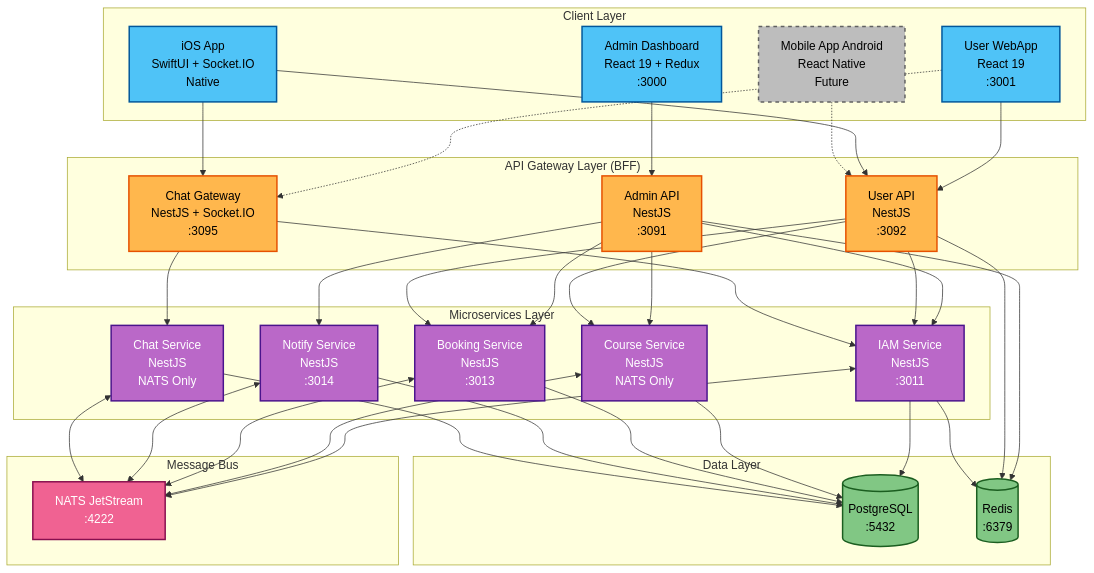
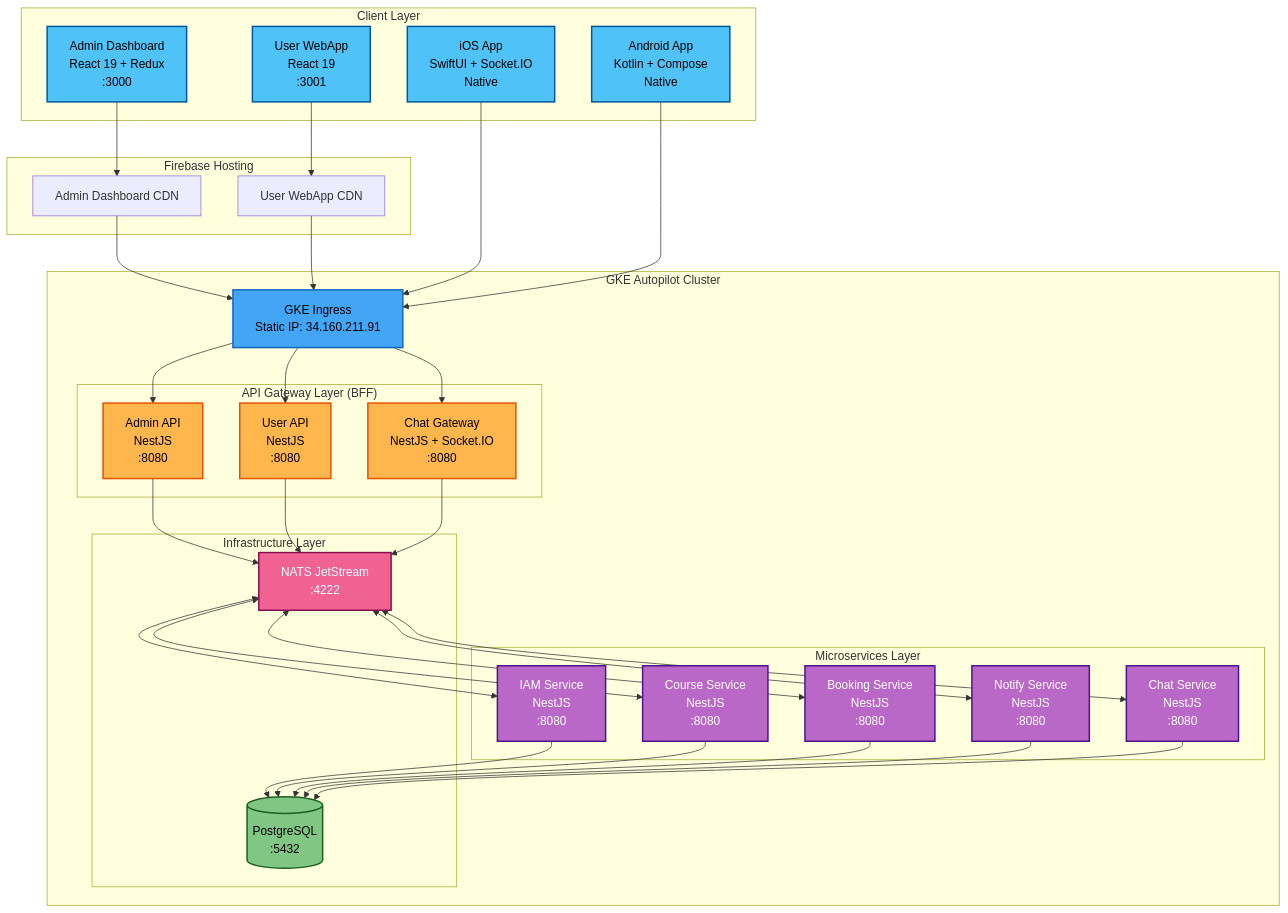
One commit to uniyous/parkgolf-platform changed the first of 8 diagrams in docs/ARCHITECTURE.md. Above: the diagram before and after it, drawn with Mermaid. The commit also changed other lines of this file and 2 other files, not shown here.

First line of the commit message:
docs: GKE Autopilot 환경으로 문서 업데이트

````diff
--- a/docs/ARCHITECTURE.md
+++ b/docs/ARCHITECTURE.md
@@ -38,84 +38,80 @@
         AD[Admin Dashboard<br/>React 19 + Redux<br/>:3000]
         UW[User WebApp<br/>React 19<br/>:3001]
         IOS[iOS App<br/>SwiftUI + Socket.IO<br/>Native]
-        MA[Mobile App Android<br/>React Native<br/>Future]
+        AND[Android App<br/>Kotlin + Compose<br/>Native]
     end
 
-    subgraph "API Gateway Layer (BFF)"
-        AAPI[Admin API<br/>NestJS<br/>:3091]
-        UAPI[User API<br/>NestJS<br/>:3092]
-        CHATGW[Chat Gateway<br/>NestJS + Socket.IO<br/>:3095]
+    subgraph "GKE Autopilot Cluster"
+        subgraph "API Gateway Layer (BFF)"
+            AAPI[Admin API<br/>NestJS<br/>:8080]
+            UAPI[User API<br/>NestJS<br/>:8080]
+            CHATGW[Chat Gateway<br/>NestJS + Socket.IO<br/>:8080]
+        end
+
+        subgraph "Microservices Layer"
+            IAM[IAM Service<br/>NestJS<br/>:8080]
+            COURSE[Course Service<br/>NestJS<br/>:8080]
+            BOOK[Booking Service<br/>NestJS<br/>:8080]
+            NOTIFY[Notify Service<br/>NestJS<br/>:8080]
+            CHAT[Chat Service<br/>NestJS<br/>:8080]
+        end
+
+        subgraph "Infrastructure Layer"
+            NATS[NATS JetStream<br/>:4222]
+            PG[(PostgreSQL<br/>:5432)]
+        end
+
+        ING[GKE Ingress<br/>Static IP: 34.160.211.91]
     end
 
-    subgraph "Microservices Layer"
-        IAM[IAM Service<br/>NestJS<br/>:3011]
-        COURSE[Course Service<br/>NestJS<br/>NATS Only]
-        BOOK[Booking Service<br/>NestJS<br/>:3013]
-        NOTIFY[Notify Service<br/>NestJS<br/>:3014]
-        CHAT[Chat Service<br/>NestJS<br/>NATS Only]
+    subgraph "Firebase Hosting"
+        FH_ADMIN[Admin Dashboard CDN]
+        FH_USER[User WebApp CDN]
     end
 
-    subgraph "Message Bus"
-        NATS[NATS JetStream<br/>:4222]
-    end
+    %% Client to Ingress connections
+    AD --> FH_ADMIN
+    UW --> FH_USER
+    FH_ADMIN --> ING
+    FH_USER --> ING
+    IOS --> ING
+    AND --> ING
 
-    subgraph "Data Layer"
-        PG[(PostgreSQL<br/>:5432)]
-        REDIS[(Redis<br/>:6379)]
-    end
+    %% Ingress to BFF
+    ING --> AAPI
+    ING --> UAPI
+    ING --> CHATGW
 
-    %% Client to BFF connections
-    AD --> AAPI
-    UW --> UAPI
-    UW -.-> CHATGW
-    IOS --> UAPI
-    IOS --> CHATGW
-    MA -.-> UAPI
+    %% BFF to Services via NATS
+    AAPI --> NATS
+    UAPI --> NATS
+    CHATGW --> NATS
 
-    %% BFF to Services connections
-    AAPI --> IAM
-    AAPI --> COURSE
-    AAPI --> BOOK
-    AAPI --> NOTIFY
+    %% NATS to Services
+    NATS <--> IAM
+    NATS <--> COURSE
+    NATS <--> BOOK
+    NATS <--> NOTIFY
+    NATS <--> CHAT
 
-    UAPI --> IAM
-    UAPI --> COURSE
-    UAPI --> BOOK
-
-    %% Chat Gateway connections
-    CHATGW --> CHAT
-    CHATGW --> IAM
-
-    %% Service to NATS connections
-    IAM <--> NATS
-    COURSE <--> NATS
-    BOOK <--> NATS
-    NOTIFY <--> NATS
-    CHAT <--> NATS
-
-    %% Service to Database connections
+    %% Service to Database
     IAM --> PG
     COURSE --> PG
     BOOK --> PG
     NOTIFY --> PG
     CHAT --> PG
 
-    %% Cache connections
-    AAPI --> REDIS
-    UAPI --> REDIS
-    IAM --> REDIS
-
     classDef frontend fill:#4fc3f7,stroke:#01579b,stroke-width:2px,color:#000
     classDef bff fill:#ffb74d,stroke:#e65100,stroke-width:2px,color:#000
     classDef service fill:#ba68c8,stroke:#4a148c,stroke-width:2px,color:#fff
     classDef data fill:#81c784,stroke:#1b5e20,stroke-width:2px,color:#000
     classDef message fill:#f06292,stroke:#880e4f,stroke-width:2px,color:#fff
-    classDef future fill:#bdbdbd,stroke:#616161,stroke-width:2px,stroke-dasharray: 5 5,color:#000
+    classDef ingress fill:#42a5f5,stroke:#1565c0,stroke-width:2px,color:#000
 
-    class AD,UW,IOS frontend
+    class AD,UW,IOS,AND frontend
     class AAPI,UAPI,CHATGW bff
     class IAM,COURSE,BOOK,NOTIFY,CHAT service
-    class PG,REDIS data
+    class PG data
     class NATS message
-    class MA future
+    class ING ingress
 ```
````
